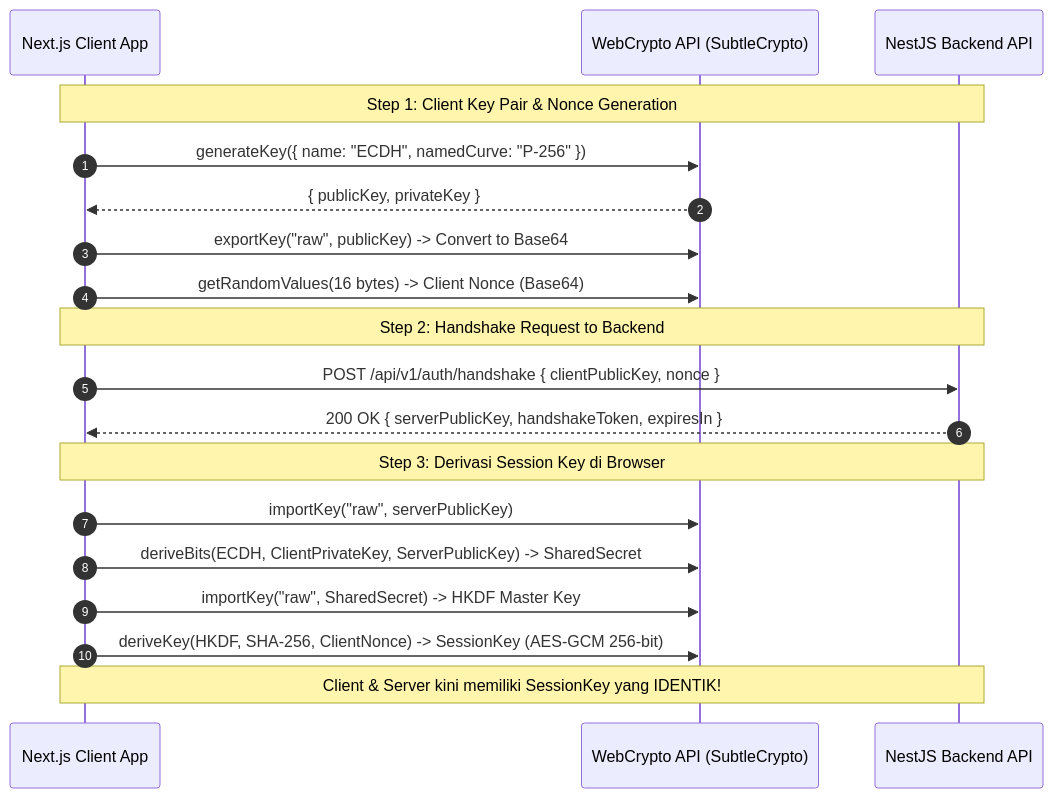
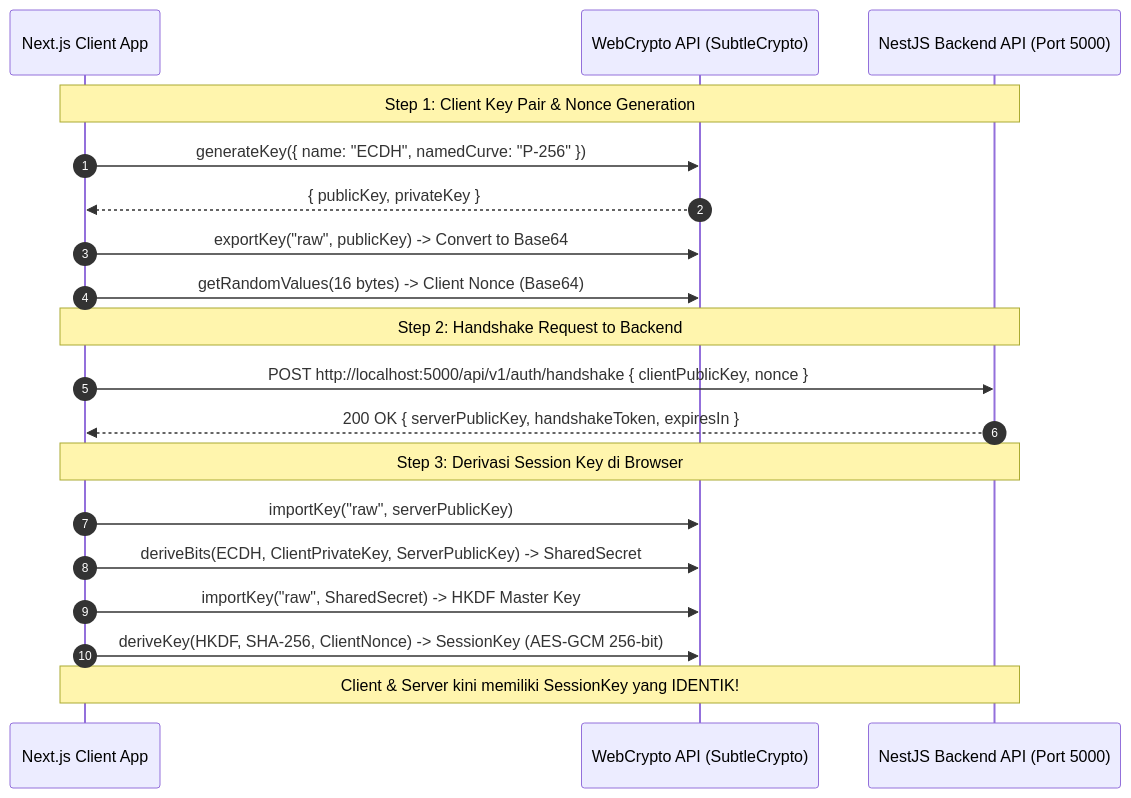
Before and after one commit to dwigunardi/fe-menu-scan-latihan: the diagram in docs/fe/security/client-crypto-strategy.md, drawn with Mermaid. The commit also changed other lines of this file and 52 other files, not shown here.

Commit message:
feat: initialize project architecture with documentation, core design system, PWA support, and secure API handling utilities

````diff
--- a/docs/fe/security/client-crypto-strategy.md
+++ b/docs/fe/security/client-crypto-strategy.md
@@ -35,25 +37,25 @@
 ```mermaid
 sequenceDiagram
     autonumber
     participant App as Next.js Client App
     participant Crypto as WebCrypto API (SubtleCrypto)
-    participant Server as NestJS Backend API
+    participant Server as NestJS Backend API (Port 5000)
 
     Note over App,Server: Step 1: Client Key Pair & Nonce Generation
     App->>Crypto: generateKey({ name: "ECDH", namedCurve: "P-256" })
     Crypto-->>App: { publicKey, privateKey }
     App->>Crypto: exportKey("raw", publicKey) -> Convert to Base64
     App->>Crypto: getRandomValues(16 bytes) -> Client Nonce (Base64)
 
     Note over App,Server: Step 2: Handshake Request to Backend
-    App->>Server: POST /api/v1/auth/handshake { clientPublicKey, nonce }
+    App->>Server: POST http://localhost:5000/api/v1/auth/handshake { clientPublicKey, nonce }
     Server-->>App: 200 OK { serverPublicKey, handshakeToken, expiresIn }
 
     Note over App,Server: Step 3: Derivasi Session Key di Browser
     App->>Crypto: importKey("raw", serverPublicKey)
     App->>Crypto: deriveBits(ECDH, ClientPrivateKey, ServerPublicKey) -> SharedSecret
     App->>Crypto: importKey("raw", SharedSecret) -> HKDF Master Key
     App->>Crypto: deriveKey(HKDF, SHA-256, ClientNonce) -> SessionKey (AES-GCM 256-bit)
     
     Note over App,Server: Client & Server kini memiliki SessionKey yang IDENTIK!
 ```
````
